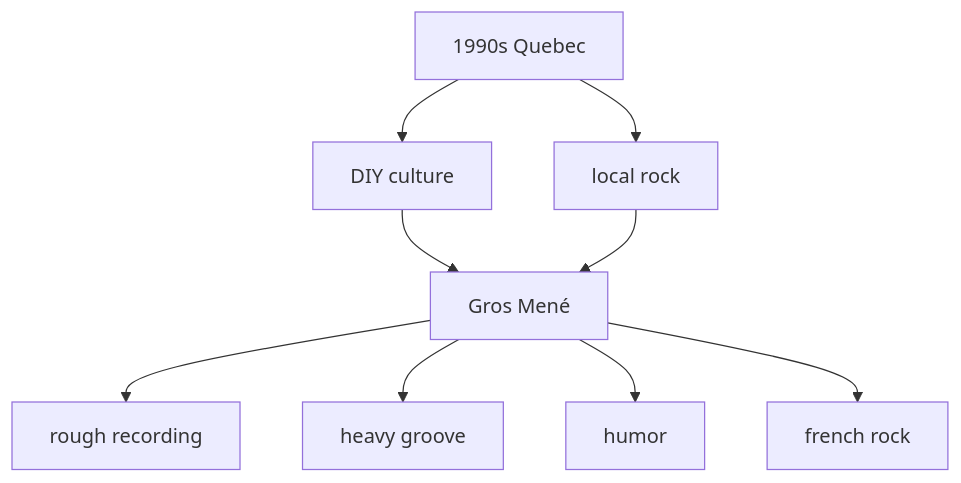
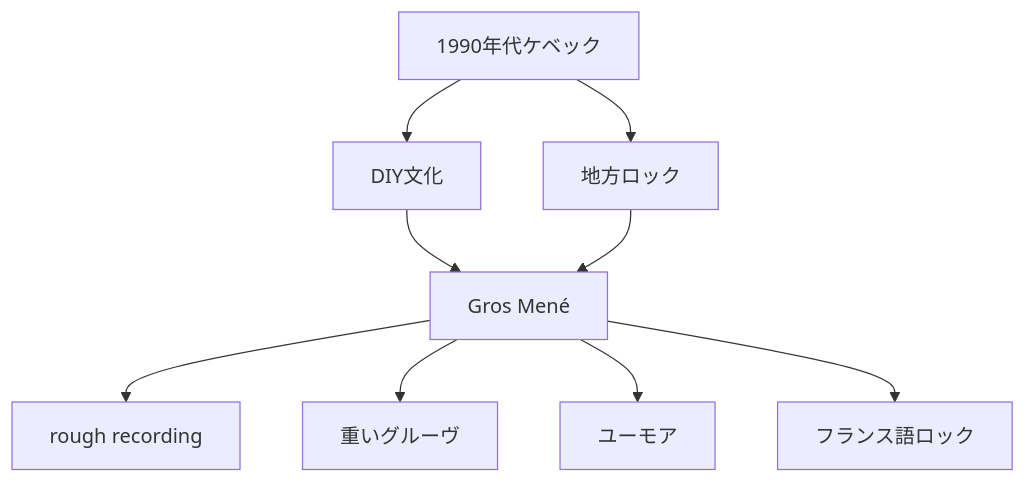
One commit to monumental-movement/monumental-movement.github.io changed the first of 6 diagrams in en/_posts/2026-05-09-column-gros-mene.md. Above: the diagram before and after it, drawn with Mermaid. The commit also changed other lines of this file and 2196 other files, not shown here.

```diff
--- a/en/_posts/2026-05-09-column-gros-mene.md
+++ b/en/_posts/2026-05-09-column-gros-mene.md
@@ -92,11 +92,11 @@
 <div class="mermaid">
 graph TD
-A[1990s Quebec] --> B[DIY culture]
-A --> C[local rock]
+A[1990年代ケベック] --> B[DIY文化]
+A --> C[地方ロック]
 B --> D[Gros Mené]
 C --> D
 D --> E[rough recording]
-D --> F[heavy groove]
-D --> G[humor]
-D --> H[french rock]
+D --> F[重いグルーヴ]
+D --> G[ユーモア]
+D --> H[フランス語ロック]
 </div>
```
